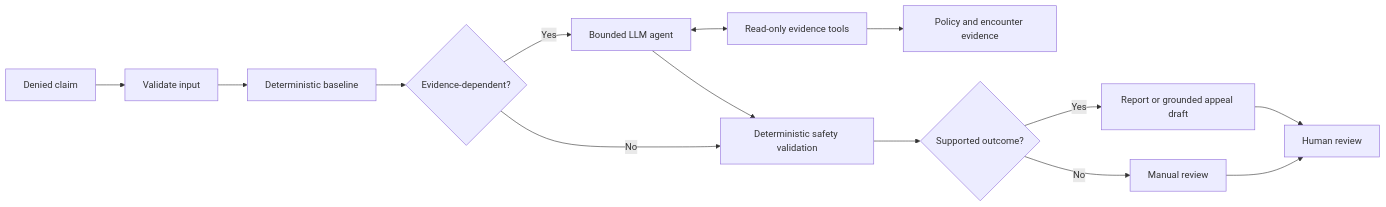
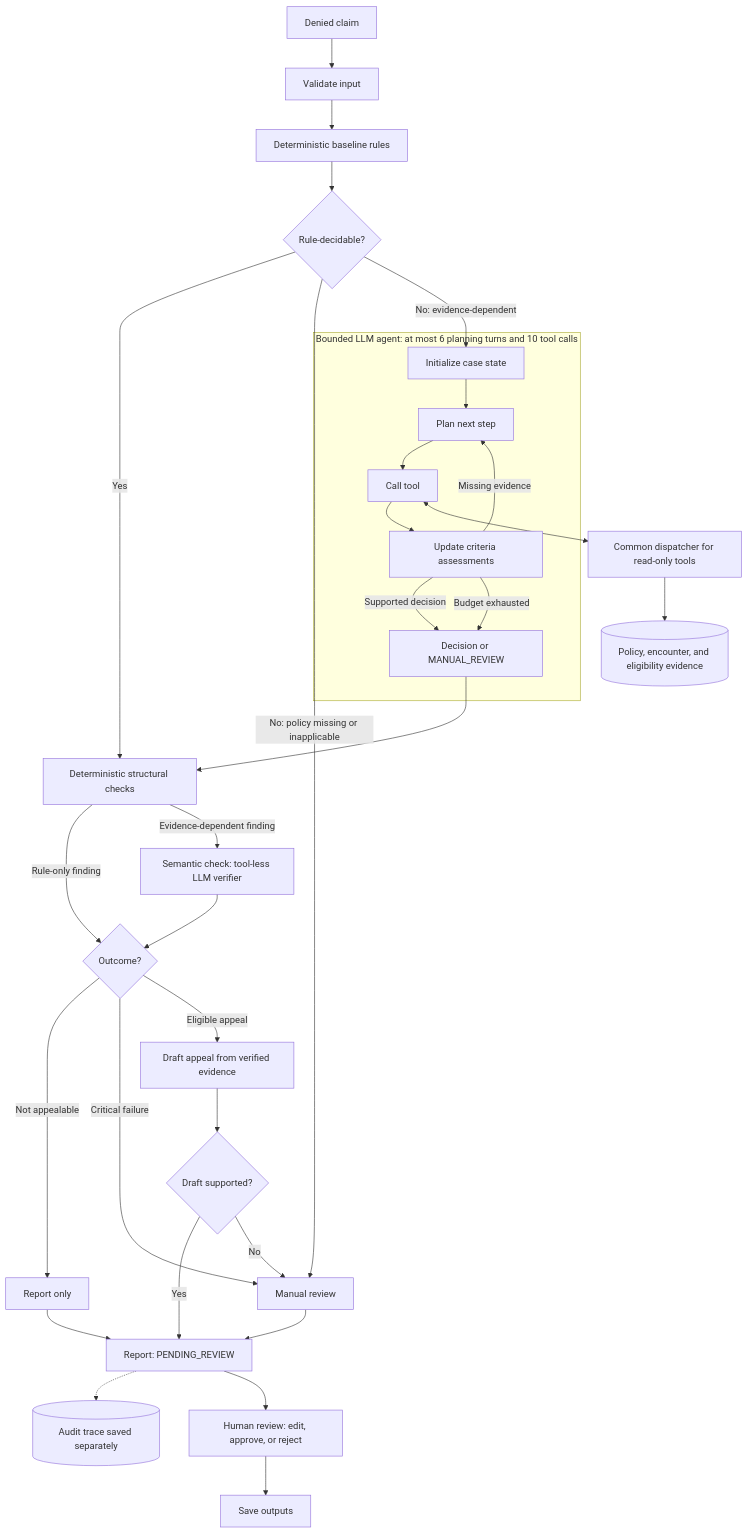
The diagram in README.md (hridaypradhan/claim-denial-triage-agent), drawn with Mermaid before and after one commit. The commit also changed other lines of this file and 10 other files, not shown here.

````diff
--- a/README.md
+++ b/README.md
@@ -17,16 +17,37 @@
 ```mermaid
-flowchart LR
+flowchart TD
     A[Denied claim] --> B[Validate input]
-    B --> C[Deterministic baseline]
-    C --> D{Evidence-dependent?}
-    D -- No --> H[Deterministic safety validation]
-    D -- Yes --> E[Bounded LLM agent]
-    E <--> F[Read-only evidence tools]
-    F --> G[Policy and encounter evidence]
-    E --> H
-    H --> I{Supported outcome?}
-    I -- No --> J[Manual review]
-    I -- Yes --> K[Report or grounded appeal draft]
-    J --> L[Human review]
+    B --> C[Deterministic baseline rules]
+    C --> D{Rule-decidable?}
+    D -- Yes --> S[Deterministic structural checks]
+    D -- "No: policy missing or inapplicable" --> J[Manual review]
+    D -- "No: evidence-dependent" --> E[Initialize case state]
+
+    subgraph Agent["Bounded LLM agent: at most 6 planning turns and 10 tool calls"]
+        E --> P[Plan next step]
+        P --> T[Call tool]
+        T --> U[Update criteria assessments]
+        U -- Missing evidence --> P
+        U -- Supported decision --> R[Decision or MANUAL_REVIEW]
+        U -- Budget exhausted --> R
+    end
+
+    T <--> F[Common dispatcher for read-only tools]
+    F --> G[(Policy, encounter, and eligibility evidence)]
+
+    R --> S
+    S -- Rule-only finding --> O{Outcome?}
+    S -- Evidence-dependent finding --> V[Semantic check: tool-less LLM verifier]
+    V --> O
+    O -- Not appealable --> K[Report only]
+    O -- Critical failure --> J
+    O -- Eligible appeal --> W[Draft appeal from verified evidence]
+    W --> X{Draft supported?}
+    X -- Yes --> L[Report: PENDING_REVIEW]
+    X -- No --> J
     K --> L
+    J --> L
+    L -.-> Q[(Audit trace saved separately)]
+    L --> H[Human review: edit, approve, or reject]
+    H --> Z[Save outputs]
 ```
````
